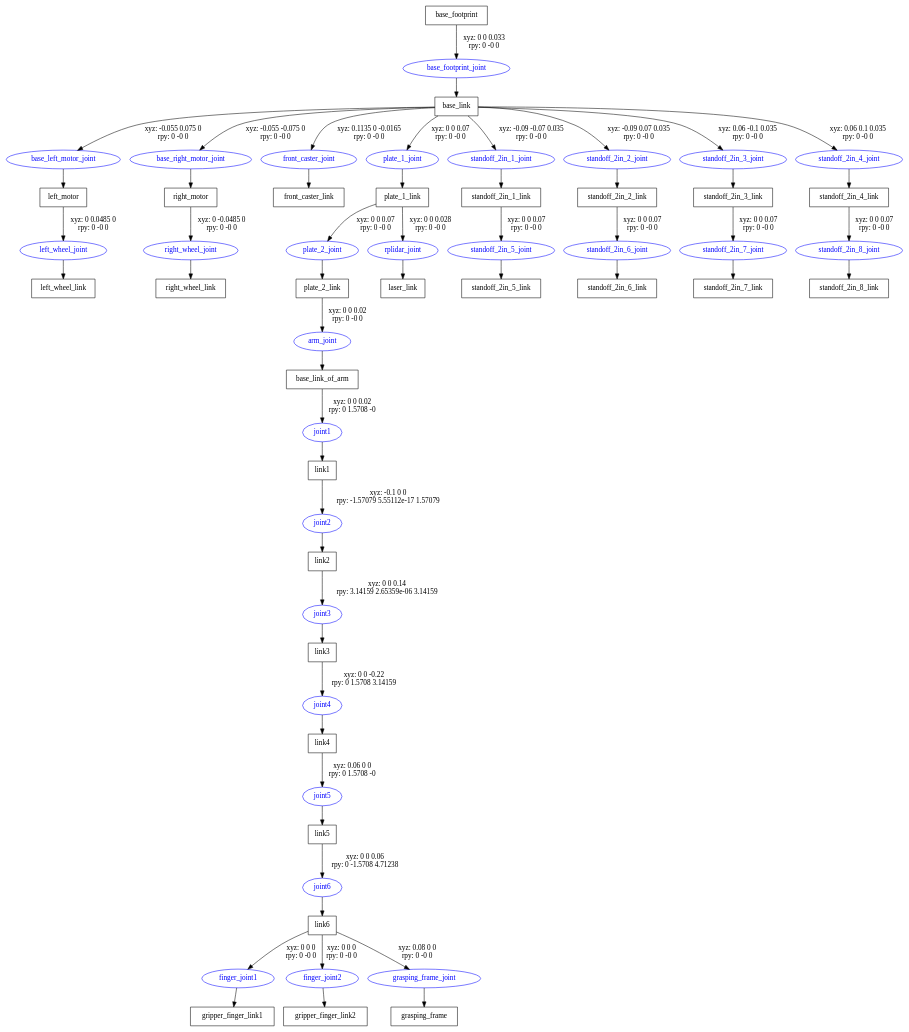
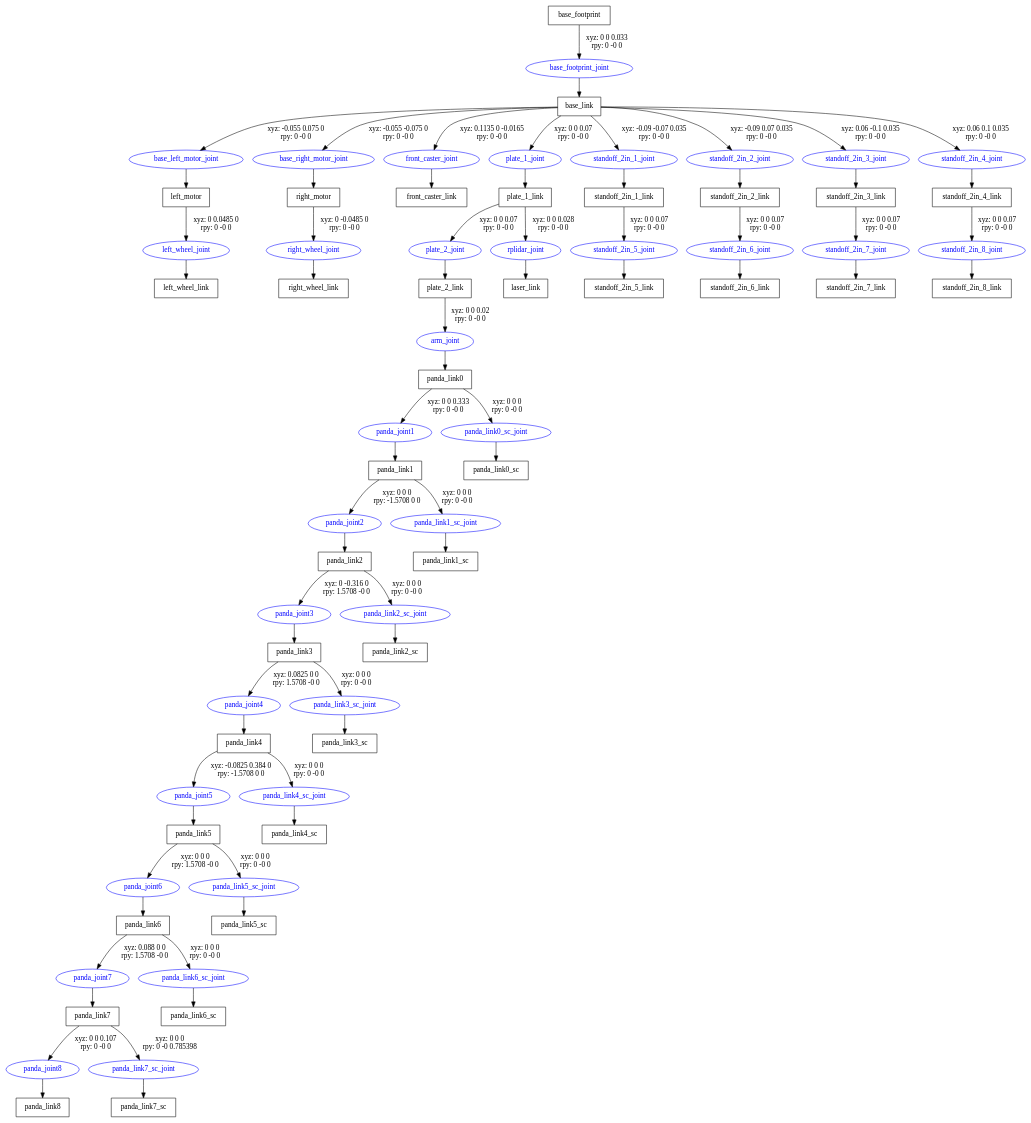
The diagram in src/armoncar_package/urdf/mrobot.gv (kano1021/ROB314), drawn with Graphviz before and after one commit. The commit also changed 47 other files, not shown here.

```diff
--- a/src/armoncar_package/urdf/mrobot.gv
+++ b/src/armoncar_package/urdf/mrobot.gv
@@ -1,86 +1,107 @@
 digraph G {
 node [shape=box];
 "base_footprint" [label="base_footprint"];
 "base_link" [label="base_link"];
 "left_motor" [label="left_motor"];
 "left_wheel_link" [label="left_wheel_link"];
 "right_motor" [label="right_motor"];
 "right_wheel_link" [label="right_wheel_link"];
 "front_caster_link" [label="front_caster_link"];
 "plate_1_link" [label="plate_1_link"];
 "plate_2_link" [label="plate_2_link"];
-"base_link_of_arm" [label="base_link_of_arm"];
-"link1" [label="link1"];
-"link2" [label="link2"];
-"link3" [label="link3"];
-"link4" [label="link4"];
-"link5" [label="link5"];
-"link6" [label="link6"];
-"gripper_finger_link1" [label="gripper_finger_link1"];
-"gripper_finger_link2" [label="gripper_finger_link2"];
-"grasping_frame" [label="grasping_frame"];
+"panda_link0" [label="panda_link0"];
+"panda_link1" [label="panda_link1"];
+"panda_link2" [label="panda_link2"];
+"panda_link3" [label="panda_link3"];
+"panda_link4" [label="panda_link4"];
+"panda_link5" [label="panda_link5"];
+"panda_link6" [label="panda_link6"];
+"panda_link7" [label="panda_link7"];
+"panda_link8" [label="panda_link8"];
+"panda_link7_sc" [label="panda_link7_sc"];
+"panda_link6_sc" [label="panda_link6_sc"];
+"panda_link5_sc" [label="panda_link5_sc"];
+"panda_link4_sc" [label="panda_link4_sc"];
+"panda_link3_sc" [label="panda_link3_sc"];
+"panda_link2_sc" [label="panda_link2_sc"];
+"panda_link1_sc" [label="panda_link1_sc"];
+"panda_link0_sc" [label="panda_link0_sc"];
 "laser_link" [label="laser_link"];
 "standoff_2in_1_link" [label="standoff_2in_1_link"];
 "standoff_2in_5_link" [label="standoff_2in_5_link"];
 "standoff_2in_2_link" [label="standoff_2in_2_link"];
 "standoff_2in_6_link" [label="standoff_2in_6_link"];
 "standoff_2in_3_link" [label="standoff_2in_3_link"];
 "standoff_2in_7_link" [label="standoff_2in_7_link"];
 "standoff_2in_4_link" [label="standoff_2in_4_link"];
 "standoff_2in_8_link" [label="standoff_2in_8_link"];
 node [shape=ellipse, color=blue, fontcolor=blue];
 "base_footprint" -> "base_footprint_joint" [label="xyz: 0 0 0.033 \nrpy: 0 -0 0"]
 "base_footprint_joint" -> "base_link"
 "base_link" -> "base_left_motor_joint" [label="xyz: -0.055 0.075 0 \nrpy: 0 -0 0"]
 "base_left_motor_joint" -> "left_motor"
 "left_motor" -> "left_wheel_joint" [label="xyz: 0 0.0485 0 \nrpy: 0 -0 0"]
 "left_wheel_joint" -> "left_wheel_link"
 "base_link" -> "base_right_motor_joint" [label="xyz: -0.055 -0.075 0 \nrpy: 0 -0 0"]
 "base_right_motor_joint" -> "right_motor"
 "right_motor" -> "right_wheel_joint" [label="xyz: 0 -0.0485 0 \nrpy: 0 -0 0"]
 "right_wheel_joint" -> "right_wheel_link"
 "base_link" -> "front_caster_joint" [label="xyz: 0.1135 0 -0.0165 \nrpy: 0 -0 0"]
 "front_caster_joint" -> "front_caster_link"
 "base_link" -> "plate_1_joint" [label="xyz: 0 0 0.07 \nrpy: 0 -0 0"]
 "plate_1_joint" -> "plate_1_link"
 "plate_1_link" -> "plate_2_joint" [label="xyz: 0 0 0.07 \nrpy: 0 -0 0"]
 "plate_2_joint" -> "plate_2_link"
 "plate_2_link" -> "arm_joint" [label="xyz: 0 0 0.02 \nrpy: 0 -0 0"]
-"arm_joint" -> "base_link_of_arm"
-"base_link_of_arm" -> "joint1" [label="xyz: 0 0 0.02 \nrpy: 0 1.5708 -0"]
-"joint1" -> "link1"
-"link1" -> "joint2" [label="xyz: -0.1 0 0 \nrpy: -1.57079 5.55112e-17 1.57079"]
-"joint2" -> "link2"
-"link2" -> "joint3" [label="xyz: 0 0 0.14 \nrpy: 3.14159 2.65359e-06 3.14159"]
-"joint3" -> "link3"
-"link3" -> "joint4" [label="xyz: 0 0 -0.22 \nrpy: 0 1.5708 3.14159"]
-"joint4" -> "link4"
-"link4" -> "joint5" [label="xyz: 0.06 0 0 \nrpy: 0 1.5708 -0"]
-"joint5" -> "link5"
-"link5" -> "joint6" [label="xyz: 0 0 0.06 \nrpy: 0 -1.5708 4.71238"]
-"joint6" -> "link6"
-"link6" -> "finger_joint1" [label="xyz: 0 0 0 \nrpy: 0 -0 0"]
-"finger_joint1" -> "gripper_finger_link1"
-"link6" -> "finger_joint2" [label="xyz: 0 0 0 \nrpy: 0 -0 0"]
-"finger_joint2" -> "gripper_finger_link2"
-"link6" -> "grasping_frame_joint" [label="xyz: 0.08 0 0 \nrpy: 0 -0 0"]
-"grasping_frame_joint" -> "grasping_frame"
+"arm_joint" -> "panda_link0"
+"panda_link0" -> "panda_joint1" [label="xyz: 0 0 0.333 \nrpy: 0 -0 0"]
+"panda_joint1" -> "panda_link1"
+"panda_link1" -> "panda_joint2" [label="xyz: 0 0 0 \nrpy: -1.5708 0 0"]
+"panda_joint2" -> "panda_link2"
+"panda_link2" -> "panda_joint3" [label="xyz: 0 -0.316 0 \nrpy: 1.5708 -0 0"]
+"panda_joint3" -> "panda_link3"
+"panda_link3" -> "panda_joint4" [label="xyz: 0.0825 0 0 \nrpy: 1.5708 -0 0"]
+"panda_joint4" -> "panda_link4"
+"panda_link4" -> "panda_joint5" [label="xyz: -0.0825 0.384 0 \nrpy: -1.5708 0 0"]
+"panda_joint5" -> "panda_link5"
+"panda_link5" -> "panda_joint6" [label="xyz: 0 0 0 \nrpy: 1.5708 -0 0"]
+"panda_joint6" -> "panda_link6"
+"panda_link6" -> "panda_joint7" [label="xyz: 0.088 0 0 \nrpy: 1.5708 -0 0"]
+"panda_joint7" -> "panda_link7"
+"panda_link7" -> "panda_joint8" [label="xyz: 0 0 0.107 \nrpy: 0 -0 0"]
+"panda_joint8" -> "panda_link8"
+"panda_link7" -> "panda_link7_sc_joint" [label="xyz: 0 0 0 \nrpy: 0 -0 0.785398"]
+"panda_link7_sc_joint" -> "panda_link7_sc"
+"panda_link6" -> "panda_link6_sc_joint" [label="xyz: 0 0 0 \nrpy: 0 -0 0"]
+"panda_link6_sc_joint" -> "panda_link6_sc"
+"panda_link5" -> "panda_link5_sc_joint" [label="xyz: 0 0 0 \nrpy: 0 -0 0"]
+"panda_link5_sc_joint" -> "panda_link5_sc"
+"panda_link4" -> "panda_link4_sc_joint" [label="xyz: 0 0 0 \nrpy: 0 -0 0"]
+"panda_link4_sc_joint" -> "panda_link4_sc"
+"panda_link3" -> "panda_link3_sc_joint" [label="xyz: 0 0 0 \nrpy: 0 -0 0"]
+"panda_link3_sc_joint" -> "panda_link3_sc"
+"panda_link2" -> "panda_link2_sc_joint" [label="xyz: 0 0 0 \nrpy: 0 -0 0"]
+"panda_link2_sc_joint" -> "panda_link2_sc"
+"panda_link1" -> "panda_link1_sc_joint" [label="xyz: 0 0 0 \nrpy: 0 -0 0"]
+"panda_link1_sc_joint" -> "panda_link1_sc"
+"panda_link0" -> "panda_link0_sc_joint" [label="xyz: 0 0 0 \nrpy: 0 -0 0"]
+"panda_link0_sc_joint" -> "panda_link0_sc"
 "plate_1_link" -> "rplidar_joint" [label="xyz: 0 0 0.028 \nrpy: 0 -0 0"]
 "rplidar_joint" -> "laser_link"
 "base_link" -> "standoff_2in_1_joint" [label="xyz: -0.09 -0.07 0.035 \nrpy: 0 -0 0"]
 "standoff_2in_1_joint" -> "standoff_2in_1_link"
 "standoff_2in_1_link" -> "standoff_2in_5_joint" [label="xyz: 0 0 0.07 \nrpy: 0 -0 0"]
 "standoff_2in_5_joint" -> "standoff_2in_5_link"
 "base_link" -> "standoff_2in_2_joint" [label="xyz: -0.09 0.07 0.035 \nrpy: 0 -0 0"]
 "standoff_2in_2_joint" -> "standoff_2in_2_link"
 "standoff_2in_2_link" -> "standoff_2in_6_joint" [label="xyz: 0 0 0.07 \nrpy: 0 -0 0"]
 "standoff_2in_6_joint" -> "standoff_2in_6_link"
 "base_link" -> "standoff_2in_3_joint" [label="xyz: 0.06 -0.1 0.035 \nrpy: 0 -0 0"]
 "standoff_2in_3_joint" -> "standoff_2in_3_link"
 "standoff_2in_3_link" -> "standoff_2in_7_joint" [label="xyz: 0 0 0.07 \nrpy: 0 -0 0"]
 "standoff_2in_7_joint" -> "standoff_2in_7_link"
 "base_link" -> "standoff_2in_4_joint" [label="xyz: 0.06 0.1 0.035 \nrpy: 0 -0 0"]
 "standoff_2in_4_joint" -> "standoff_2in_4_link"
 "standoff_2in_4_link" -> "standoff_2in_8_joint" [label="xyz: 0 0 0.07 \nrpy: 0 -0 0"]
 "standoff_2in_8_joint" -> "standoff_2in_8_link"
 }
```
